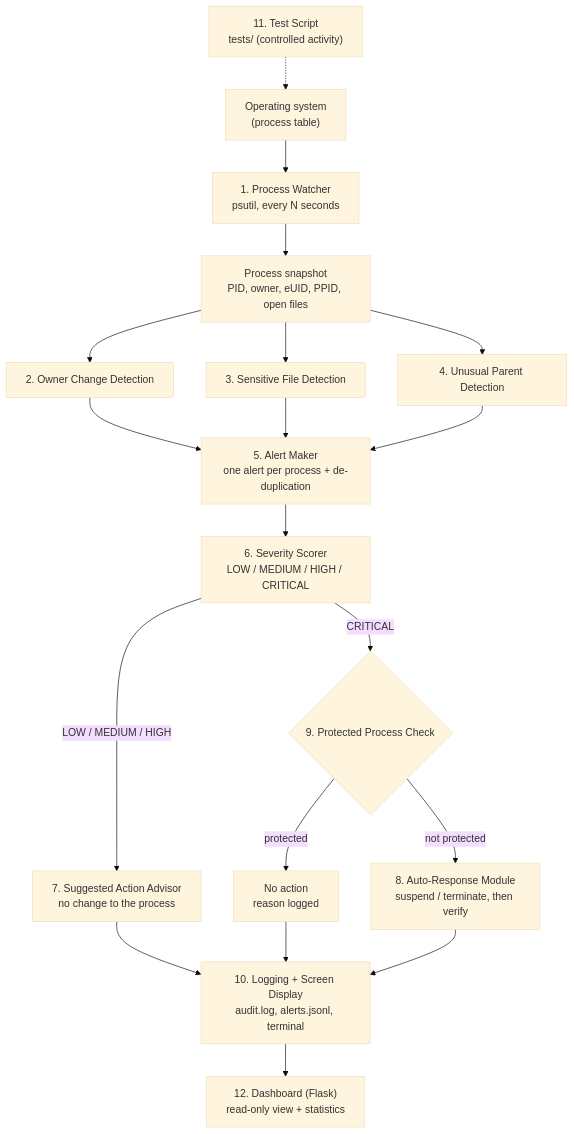
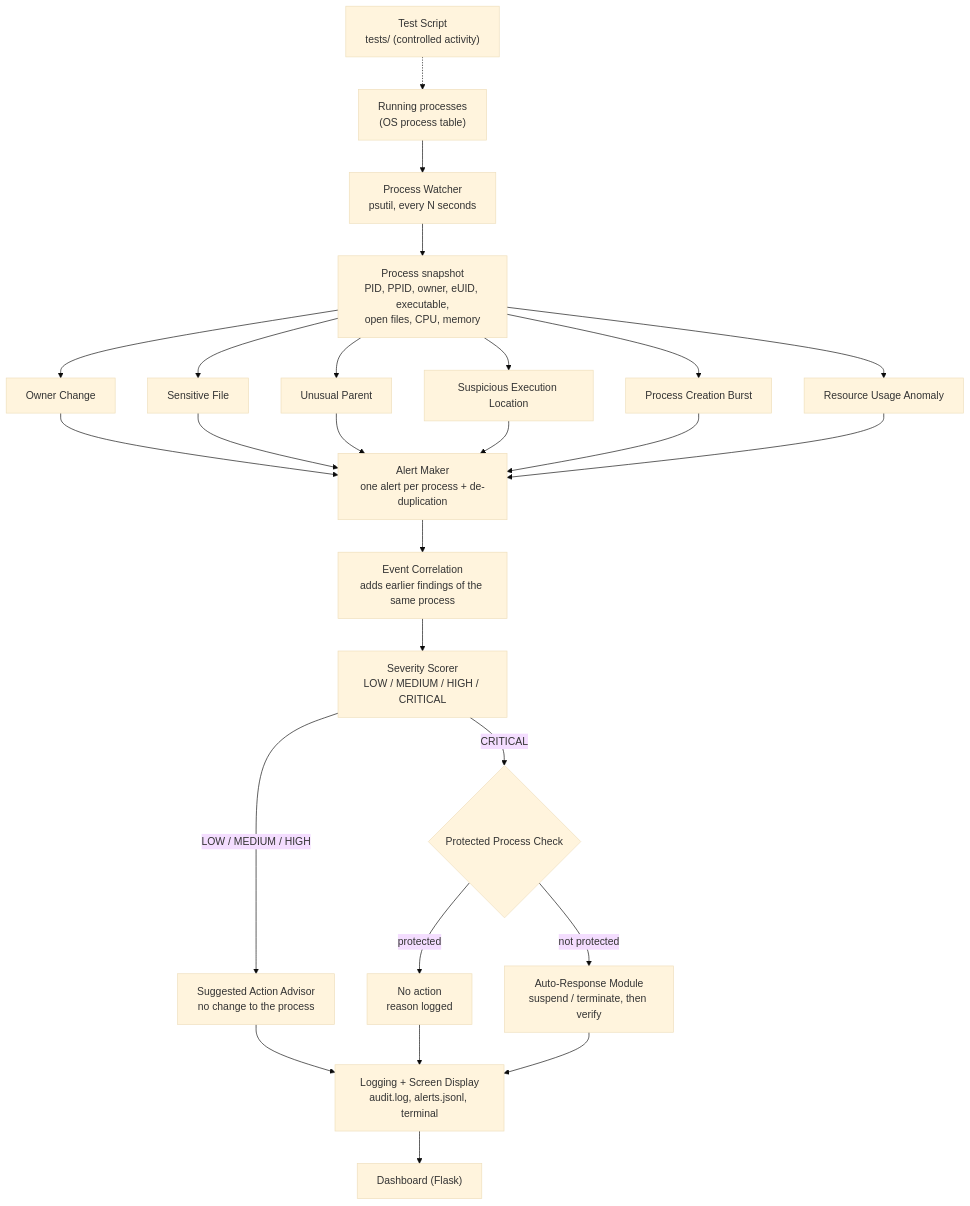
Before and after one commit to Chaitanya-datta/process-file-security-auditor: the diagram in docs/architecture.md, drawn with Mermaid (base theme). The commit also changed other lines of this file and 5 other files, not shown here.

````diff
--- a/docs/architecture.md
+++ b/docs/architecture.md
@@ -11,21 +11,28 @@
 ```mermaid
 flowchart TD
-    OS["Operating system<br/>(process table)"] --> PW["1. Process Watcher<br/>psutil, every N seconds"]
-    TS["11. Test Script<br/>tests/ (controlled activity)"] -.-> OS
-    PW --> SNAP["Process snapshot<br/>PID, owner, eUID, PPID, open files"]
-    SNAP --> OC["2. Owner Change Detection"]
-    SNAP --> SF["3. Sensitive File Detection"]
-    SNAP --> UP["4. Unusual Parent Detection"]
-    OC --> AM["5. Alert Maker<br/>one alert per process + de-duplication"]
+    OS["Running processes<br/>(OS process table)"] --> PW["Process Watcher<br/>psutil, every N seconds"]
+    TS["Test Script<br/>tests/ (controlled activity)"] -.-> OS
+    PW --> SNAP["Process snapshot<br/>PID, PPID, owner, eUID, executable,<br/>open files, CPU, memory"]
+    SNAP --> OC["Owner Change"]
+    SNAP --> SF["Sensitive File"]
+    SNAP --> UP["Unusual Parent"]
+    SNAP --> SL["Suspicious Execution Location"]
+    SNAP --> PB["Process Creation Burst"]
+    SNAP --> RA["Resource Usage Anomaly"]
+    OC --> AM["Alert Maker<br/>one alert per process + de-duplication"]
     SF --> AM
     UP --> AM
-    AM --> SS["6. Severity Scorer<br/>LOW / MEDIUM / HIGH / CRITICAL"]
-    SS -- "LOW / MEDIUM / HIGH" --> AA["7. Suggested Action Advisor<br/>no change to the process"]
-    SS -- "CRITICAL" --> PP{"9. Protected Process Check"}
+    SL --> AM
+    PB --> AM
+    RA --> AM
+    AM --> EC["Event Correlation<br/>adds earlier findings of the same process"]
+    EC --> SS["Severity Scorer<br/>LOW / MEDIUM / HIGH / CRITICAL"]
+    SS -- "LOW / MEDIUM / HIGH" --> AA["Suggested Action Advisor<br/>no change to the process"]
+    SS -- "CRITICAL" --> PP{"Protected Process Check"}
     PP -- "protected" --> NA["No action<br/>reason logged"]
-    PP -- "not protected" --> AR["8. Auto-Response Module<br/>suspend / terminate, then verify"]
-    AA --> LOG["10. Logging + Screen Display<br/>audit.log, alerts.jsonl, terminal"]
+    PP -- "not protected" --> AR["Auto-Response Module<br/>suspend / terminate, then verify"]
+    AA --> LOG["Logging + Screen Display<br/>audit.log, alerts.jsonl, terminal"]
     NA --> LOG
     AR --> LOG
-    LOG --> DASH["12. Dashboard (Flask)<br/>read-only view + statistics"]
+    LOG --> DASH["Dashboard (Flask)"]
 ```
````
